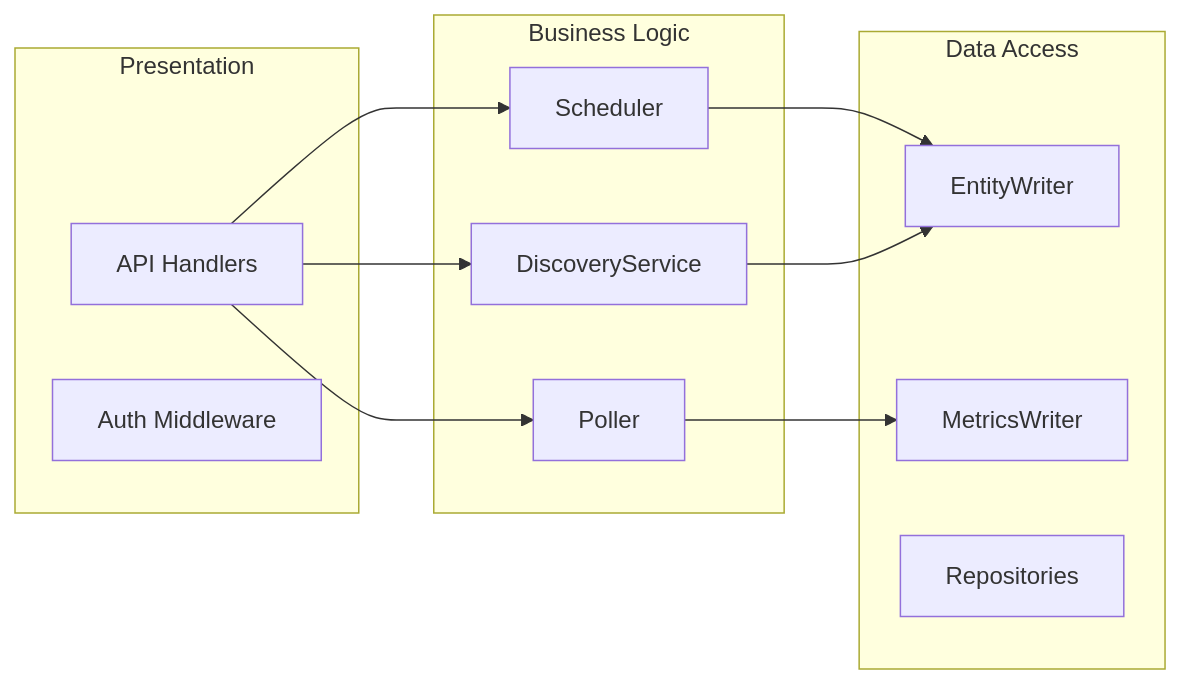
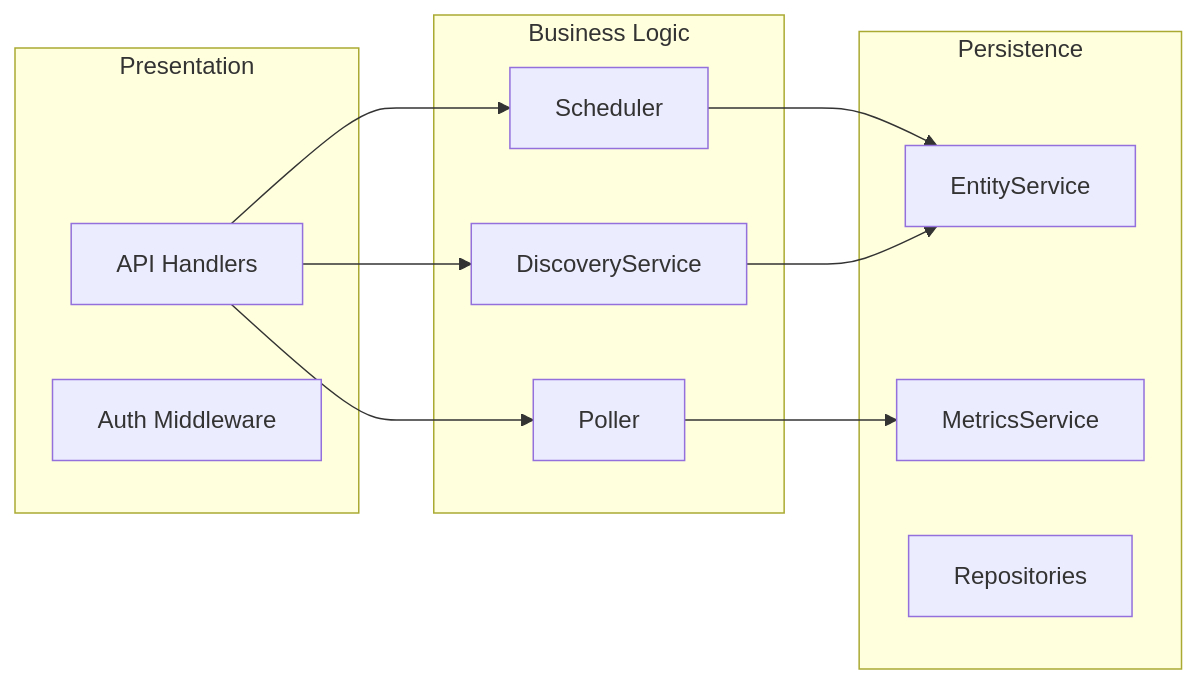
One commit to PremModhaOfficial/nms changed the second of 10 diagrams in ARCHITECTURE.md. Above: the diagram before and after it, drawn with Mermaid. The commit also changed other lines of this file and 24 other files, not shown here.

````diff
--- a/ARCHITECTURE.md
+++ b/ARCHITECTURE.md
@@ -85,26 +82,26 @@
 ```mermaid
 graph LR
     subgraph "Presentation"
         A1[API Handlers]
         A2[Auth Middleware]
     end
 
     subgraph "Business Logic"
         B1[Scheduler]
         B2[Poller]
         B3[DiscoveryService]
     end
 
-    subgraph "Data Access"
-        C1[EntityWriter]
-        C2[MetricsWriter]
+    subgraph "Persistence"
+        C1[EntityService]
+        C2[MetricsService]
         C3[Repositories]
     end
 
     A1 --> B1
     A1 --> B2
     A1 --> B3
     B1 --> C1
     B2 --> C2
     B3 --> C1
 ```
````
